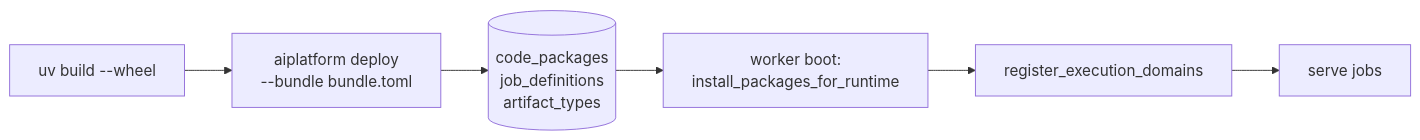
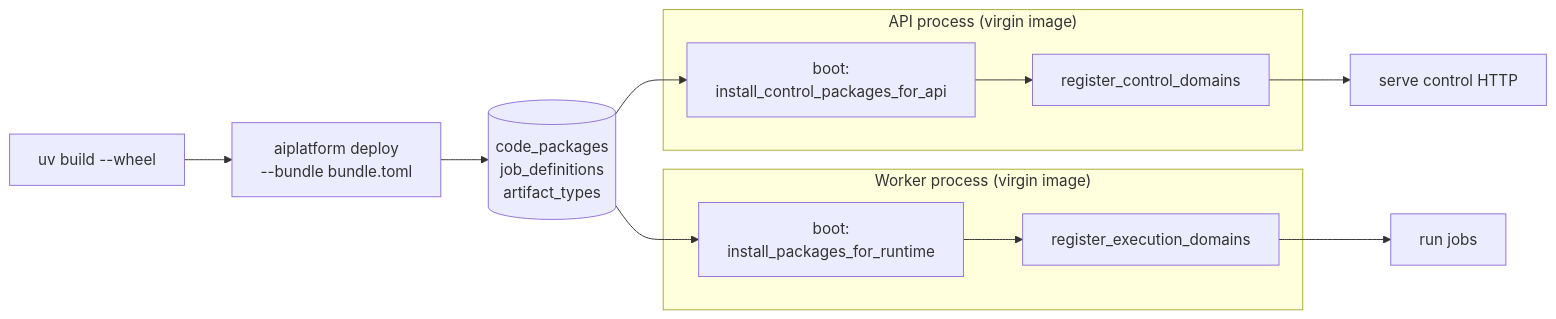
One commit to sepoul/ai-platform changed the sixth of 6 diagrams in docs/architecture.md. Above: the diagram before and after it, drawn with Mermaid. The commit also changed other lines of this file and 6 other files, not shown here.

````diff
--- a/docs/architecture.md
+++ b/docs/architecture.md
@@ -312,8 +312,22 @@
 ```mermaid
 graph LR
     Build[uv build --wheel] --> Deploy[aiplatform deploy<br/>--bundle bundle.toml]
     Deploy --> Cat[(code_packages<br/>job_definitions<br/>artifact_types)]
-    Cat --> Worker[worker boot:<br/>install_packages_for_runtime]
-    Worker --> Reg[register_execution_domains]
-    Reg --> Serve[serve jobs]
+
+    subgraph api_proc["API process (virgin image)"]
+        ApiBoot[boot:<br/>install_control_packages_for_api]
+        ApiReg[register_control_domains]
+        ApiBoot --> ApiReg
+    end
+
+    subgraph worker_proc["Worker process (virgin image)"]
+        WorkerBoot[boot:<br/>install_packages_for_runtime]
+        WorkerReg[register_execution_domains]
+        WorkerBoot --> WorkerReg
+    end
+
+    Cat --> ApiBoot
+    Cat --> WorkerBoot
+    ApiReg --> Serve[serve control HTTP]
+    WorkerReg --> Run[run jobs]
 ```
````
